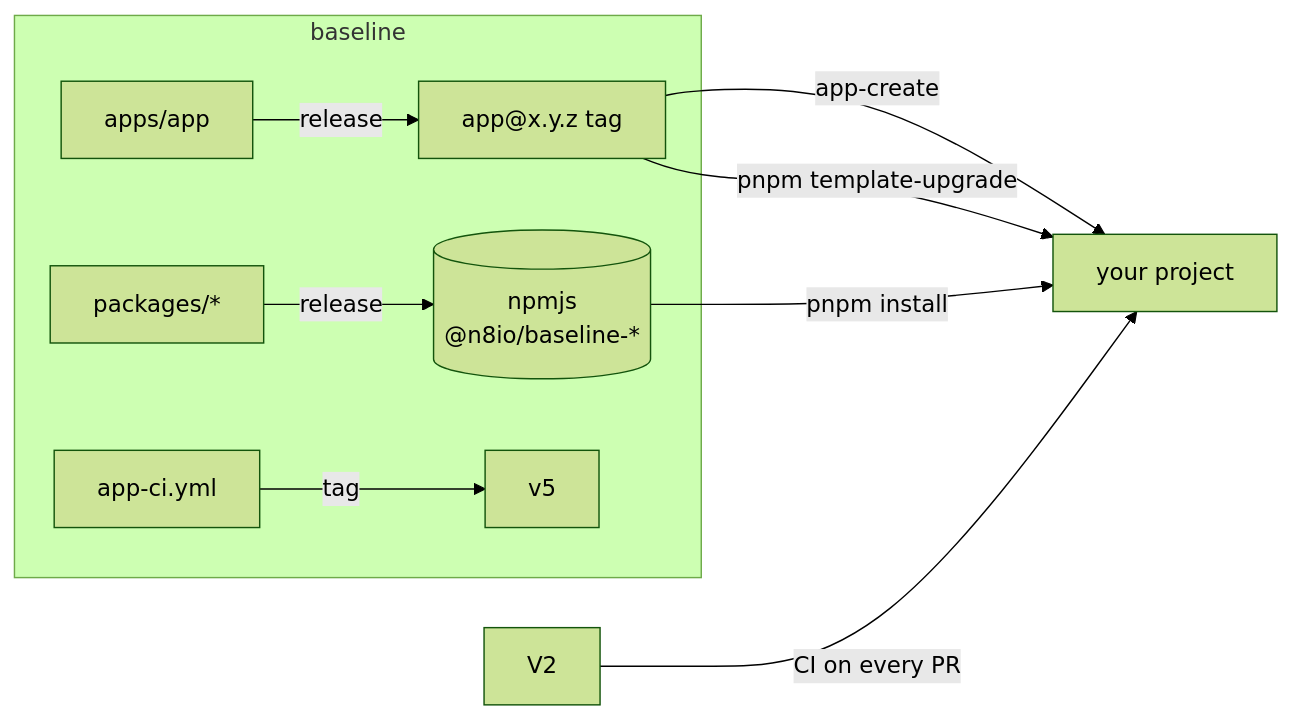
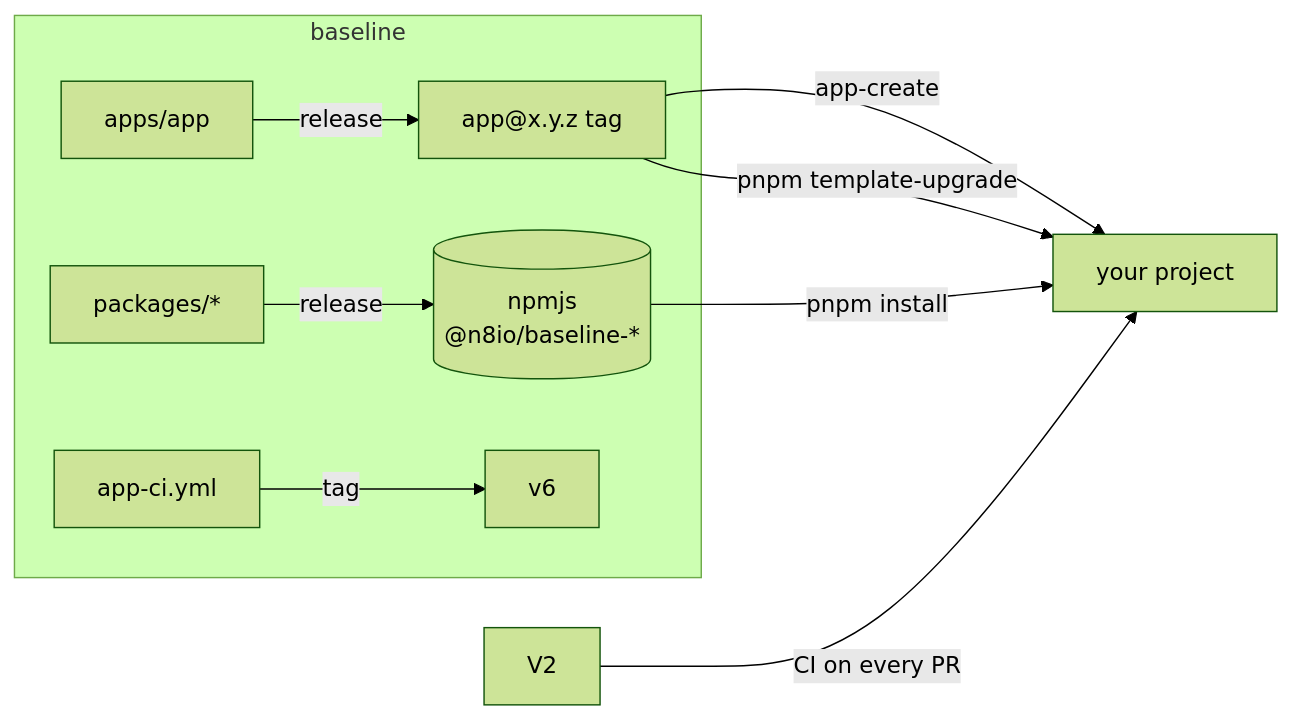
One commit to n8io/baseline changed the diagram in README.md. Above: the diagram before and after it, drawn with Mermaid (forest theme). The commit also changed other lines of this file and 34 other files, not shown here.

````diff
--- a/README.md
+++ b/README.md
@@ -11,12 +11,12 @@
 ```mermaid
 flowchart LR
   subgraph baseline
     P["packages/*"] -->|release| GP[("npmjs<br/>@n8io/baseline-*")]
     T["apps/app"] -->|release| R["app@x.y.z tag"]
-    W["app-ci.yml"] -->|tag| V5["v5"]
+    W["app-ci.yml"] -->|tag| V6["v6"]
   end
   R -->|app-create| Y["your project"]
   R -->|pnpm template-upgrade| Y
   GP -->|pnpm install| Y
   V2 -->|CI on every PR| Y
 ```
````
